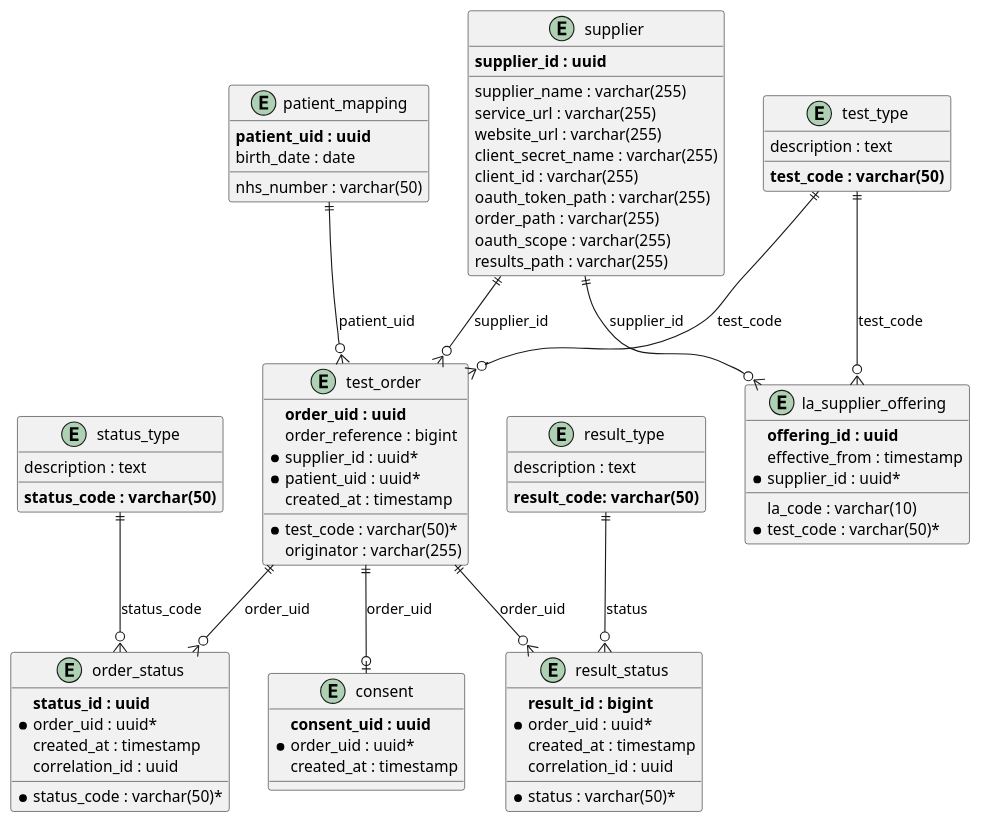
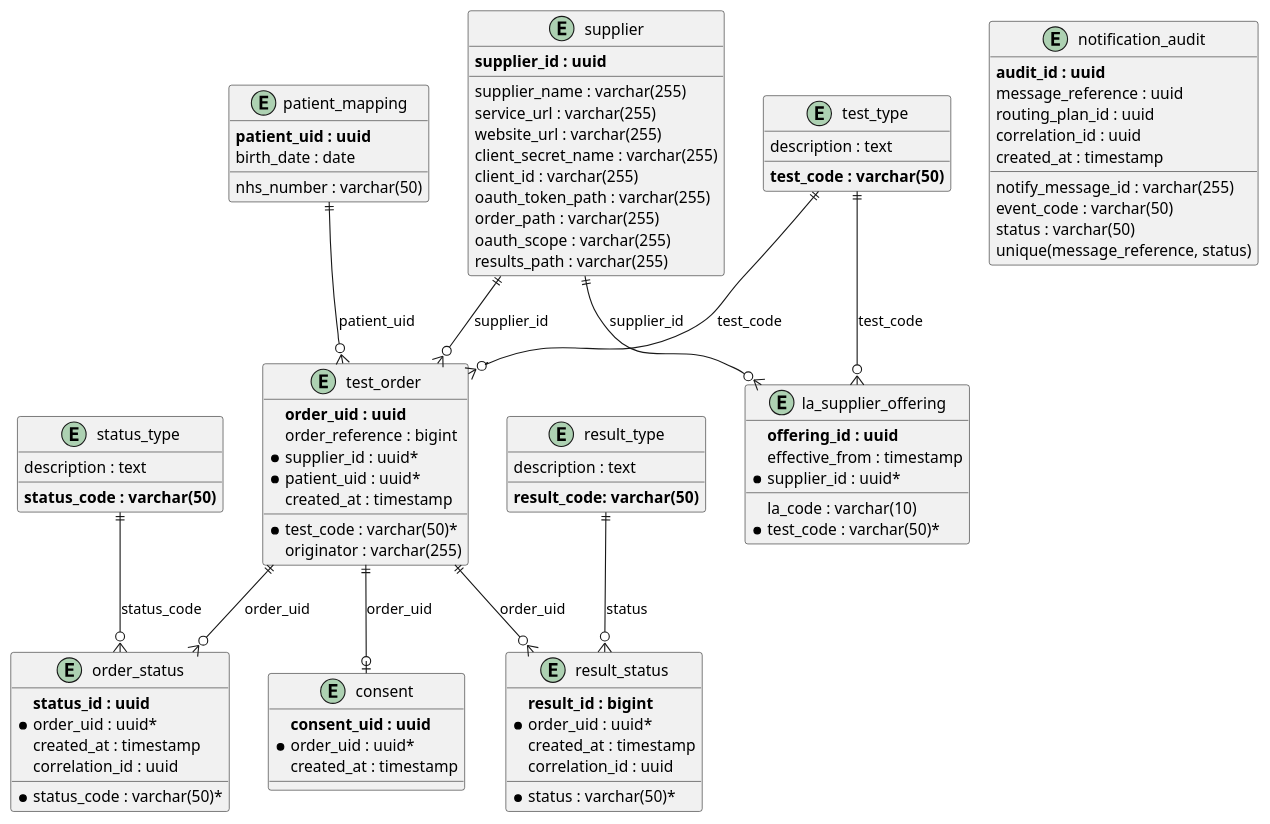
The diagram in database/schema_diagram.puml (NHSDigital/hometest-service), drawn with PlantUML before and after one commit. The commit also changed 1 other file, not shown here.

Commit message:
[HOTE-1013] feat: Create table for Notify messages auditing (#302)
* migration to drop order_reference column from order_status table

* remove not used type

* updated diagram

* added new table for notifications

* Update database/schema_diagram.puml

* added exists checks for migration

---------

```diff
--- a/database/schema_diagram.puml
+++ b/database/schema_diagram.puml
@@ -1,91 +1,103 @@
 @startuml
 entity "patient_mapping" as patient {
   **patient_uid : uuid**
   nhs_number : varchar(50)
   birth_date : date
 }
 
 entity "test_type" as test {
   **test_code : varchar(50)**
   description : text
 }
 
 entity "supplier" as supplier {
   **supplier_id : uuid**
   supplier_name : varchar(255)
   service_url : varchar(255)
   website_url : varchar(255)
   client_secret_name : varchar(255)
   client_id : varchar(255)
   oauth_token_path : varchar(255)
   order_path : varchar(255)
   oauth_scope : varchar(255)
   results_path : varchar(255)
 }
 
 entity "la_supplier_offering" as offering {
   **offering_id : uuid**
   la_code : varchar(10)
   effective_from : timestamp
   *supplier_id : uuid*
   *test_code : varchar(50)*
 }
 
 entity "test_order" as orders {
   **order_uid : uuid**
   order_reference : bigint
   *supplier_id : uuid*
   *patient_uid : uuid*
   *test_code : varchar(50)*
   originator : varchar(255)
   created_at : timestamp
 }
 
 entity "status_type" as status_type {
   **status_code : varchar(50)**
   description : text
 }
 
 entity "order_status" as order_status {
   **status_id : uuid**
   *order_uid : uuid*
   *status_code : varchar(50)*
   created_at : timestamp
   correlation_id : uuid
 }
 
 entity "result_type" as result_type {
   **result_code: varchar(50)**
   description : text
 }
 
 entity "result_status" as result_status {
   **result_id : bigint**
   *order_uid : uuid*
   *status : varchar(50)*
   created_at : timestamp
   correlation_id : uuid
 }
 
 entity "consent" as consent {
   **consent_uid : uuid**
   *order_uid : uuid*
   created_at : timestamp
 }
 
+entity "notification_audit" as notification_audit {
+  **audit_id : uuid**
+  message_reference : uuid
+  notify_message_id : varchar(255)
+  event_code : varchar(50)
+  routing_plan_id : uuid
+  correlation_id : uuid
+  status : varchar(50)
+  created_at : timestamp
+  unique(message_reference, status)
+}
+
 ' Relationships
 patient ||--o{ orders : "patient_uid"
 supplier ||--o{ orders : "supplier_id"
 test ||--o{ orders : "test_code"
 
 supplier ||--o{ offering : "supplier_id"
 test ||--o{ offering : "test_code"
 
 orders ||--o{ order_status : "order_uid"
 orders ||--o{ result_status : "order_uid"
 orders ||--o| consent : "order_uid"
 
 status_type ||--o{ order_status : "status_code"
 result_type ||--o{ result_status : "status"
 
 @enduml
```
